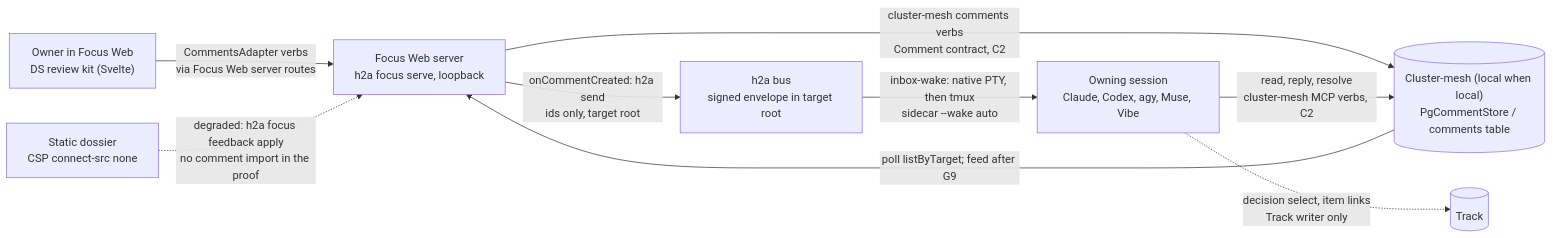
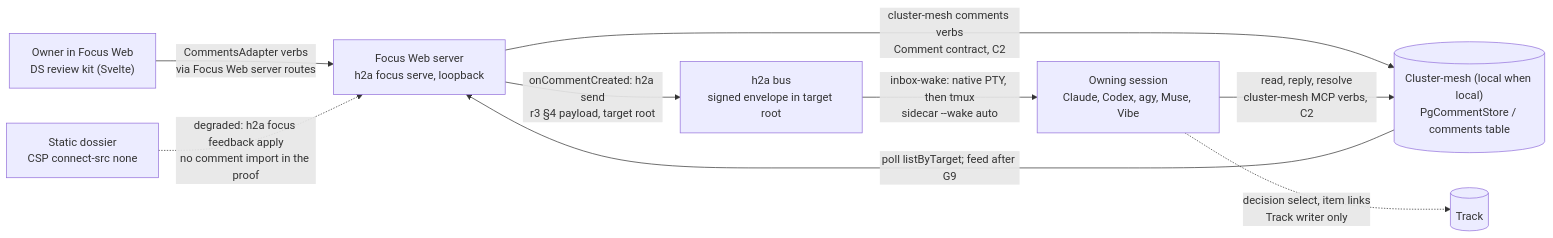
The first of 2 diagrams in docs/specs/2026-11-17-SPEC_EVOL_local-artifact-review.md (rhanka/h2a), drawn with Mermaid before and after one commit. The commit also changed other lines of this file, not shown here.

````diff
--- a/docs/specs/2026-11-17-SPEC_EVOL_local-artifact-review.md
+++ b/docs/specs/2026-11-17-SPEC_EVOL_local-artifact-review.md
@@ -16,11 +16,11 @@
 ```mermaid
 flowchart LR
   O["Owner in Focus Web<br/>DS review kit (Svelte)"] -->|"CommentsAdapter verbs<br/>via Focus Web server routes"| FW["Focus Web server<br/>h2a focus serve, loopback"]
   FW -->|"cluster-mesh comments verbs<br/>Comment contract, C2"| CM[("Cluster-mesh (local when local)<br/>PgCommentStore / comments table")]
-  FW -->|"onCommentCreated: h2a send<br/>ids only, target root"| BUS["h2a bus<br/>signed envelope in target root"]
+  FW -->|"onCommentCreated: h2a send<br/>r3 §4 payload, target root"| BUS["h2a bus<br/>signed envelope in target root"]
   BUS -->|"inbox-wake: native PTY, then tmux<br/>sidecar --wake auto"| S["Owning session<br/>Claude, Codex, agy, Muse, Vibe"]
   S -->|"read, reply, resolve<br/>cluster-mesh MCP verbs, C2"| CM
   CM -->|"poll listByTarget; feed after G9"| FW
   S -.->|"decision select, item links<br/>Track writer only"| T[("Track")]
   SD["Static dossier<br/>CSP connect-src none"] -.->|"degraded: h2a focus feedback apply<br/>no comment import in the proof"| FW
 ```
````
